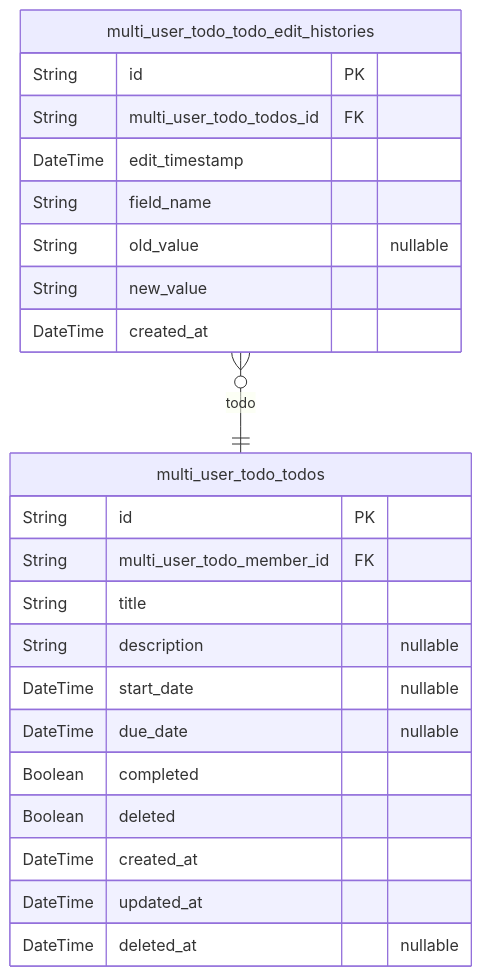
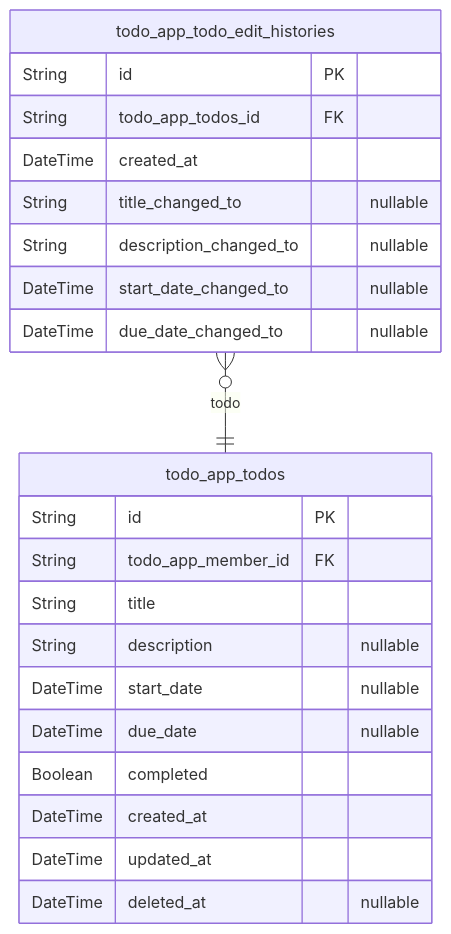
The second of 2 diagrams in qwen/qwen3.5-27b/todo/docs/ERD.md (wrtnlabs/autobe-examples), drawn with Mermaid before and after one commit. The commit also changed other lines of this file and 32093 other files, not shown here.

````diff
--- a/qwen/qwen3.5-27b/todo/docs/ERD.md
+++ b/qwen/qwen3.5-27b/todo/docs/ERD.md
@@ -296,26 +314,25 @@
 ```mermaid
 erDiagram
-"multi_user_todo_todos" {
+"todo_app_todos" {
   String id PK
-  String multi_user_todo_member_id FK
+  String todo_app_member_id FK
   String title
   String description "nullable"
   DateTime start_date "nullable"
   DateTime due_date "nullable"
   Boolean completed
-  Boolean deleted
   DateTime created_at
   DateTime updated_at
   DateTime deleted_at "nullable"
 }
-"multi_user_todo_todo_edit_histories" {
+"todo_app_todo_edit_histories" {
   String id PK
-  String multi_user_todo_todos_id FK
-  DateTime edit_timestamp
-  String field_name
-  String old_value "nullable"
-  String new_value
+  String todo_app_todos_id FK
   DateTime created_at
+  String title_changed_to "nullable"
+  String description_changed_to "nullable"
+  DateTime start_date_changed_to "nullable"
+  DateTime due_date_changed_to "nullable"
 }
-"multi_user_todo_todo_edit_histories" }o--|| "multi_user_todo_todos" : todo
+"todo_app_todo_edit_histories" }o--|| "todo_app_todos" : todo
 ```
````
